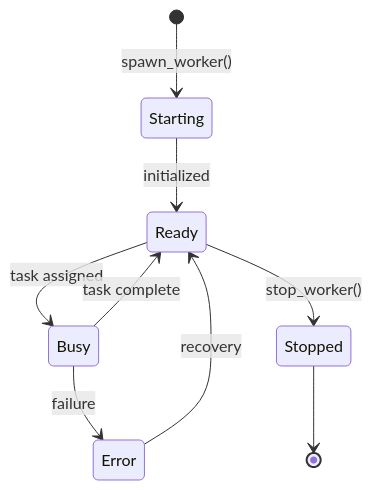
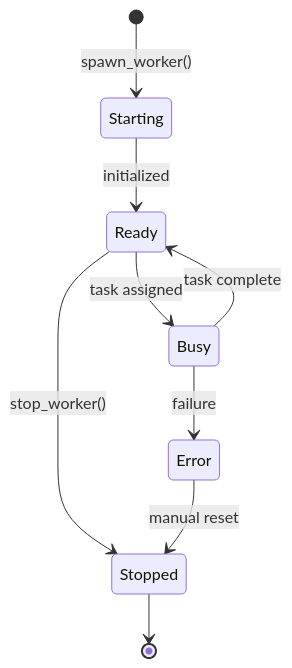
The third of 3 diagrams in README.md (0xSero/orchestra), drawn with Mermaid before and after one commit. The commit also changed other lines of this file and 126 other files, not shown here.

````diff
--- a/README.md
+++ b/README.md
@@ -241,11 +241,11 @@
 ```mermaid
 stateDiagram-v2
     [*] --> Starting: spawn_worker()
     Starting --> Ready: initialized
     Ready --> Busy: task assigned
     Busy --> Ready: task complete
     Ready --> Stopped: stop_worker()
     Busy --> Error: failure
-    Error --> Ready: recovery
+    Error --> Stopped: manual reset
     Stopped --> [*]
 ```
````
